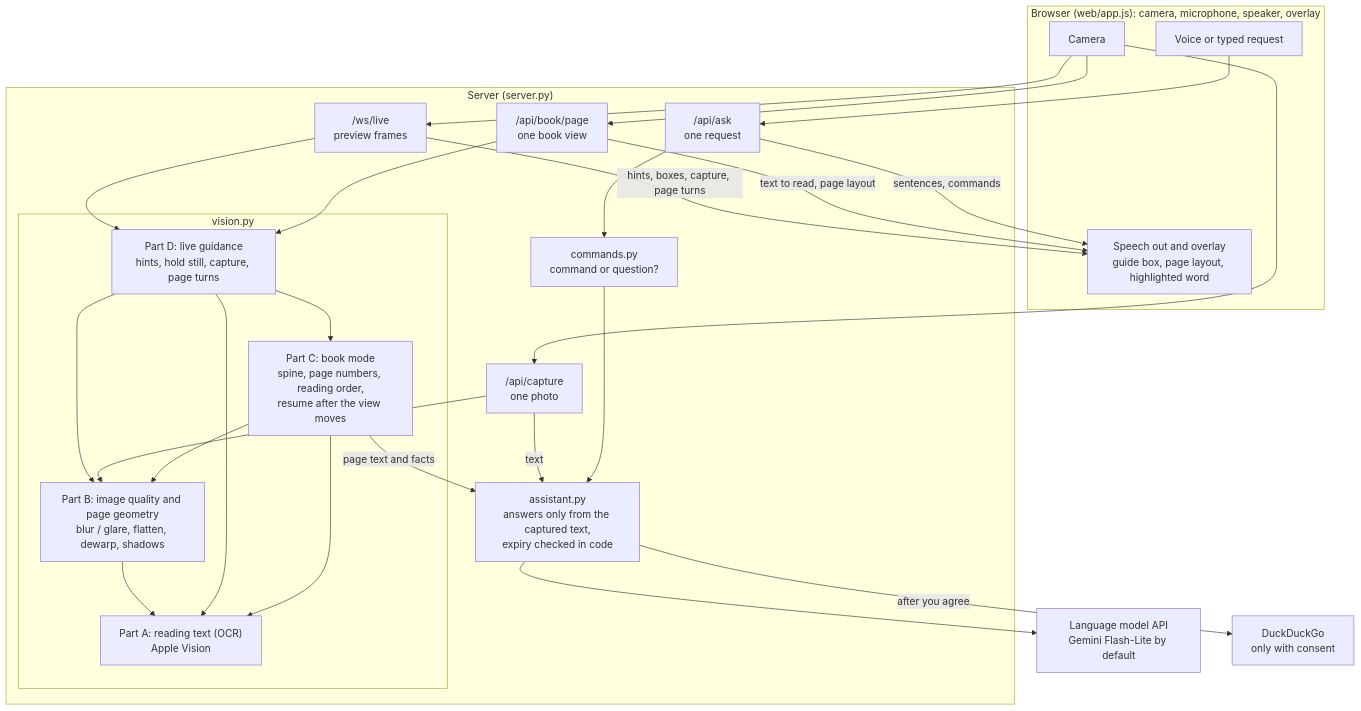
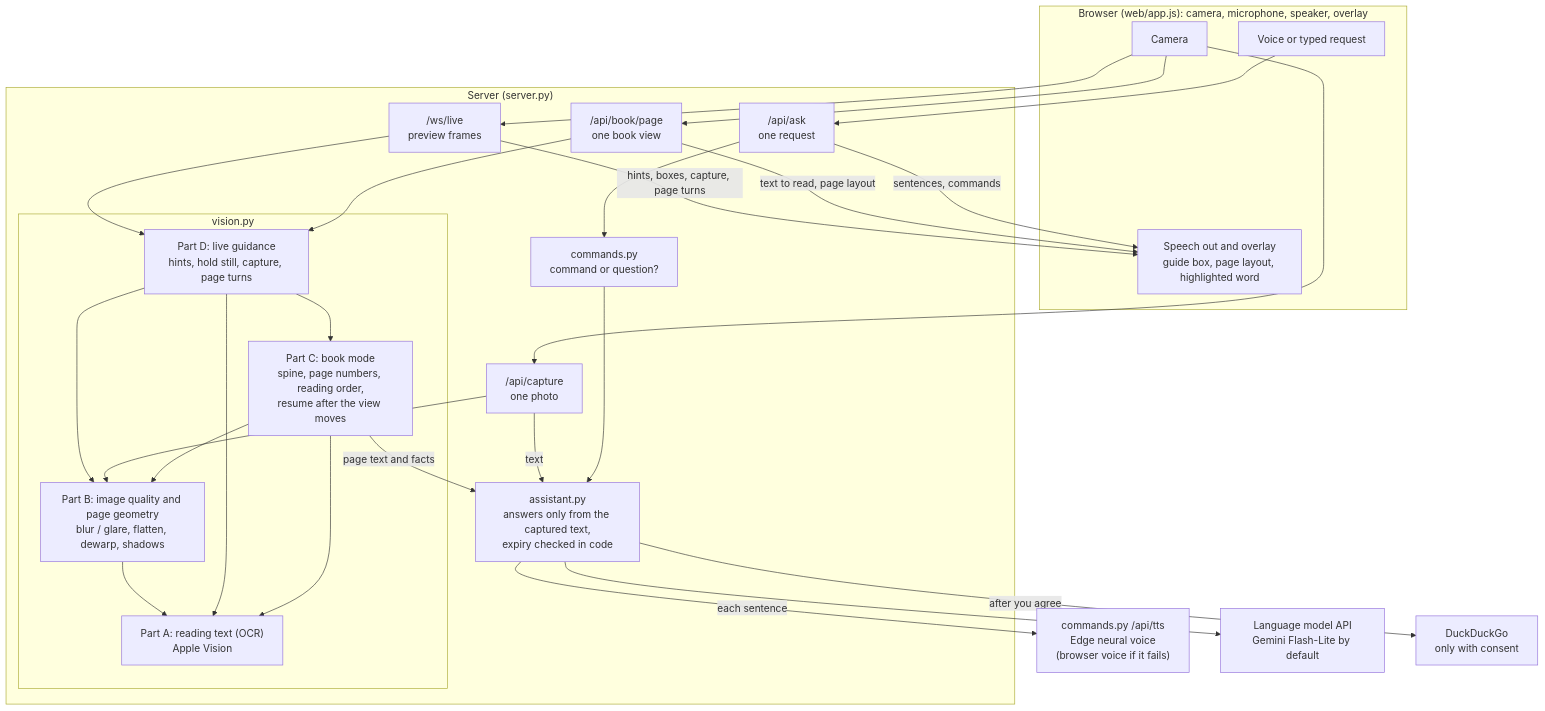
One commit to neerajprao/Helping_Eyes-main changed the first of 2 diagrams in README.md. Above: the diagram before and after it, drawn with Mermaid. The commit also changed other lines of this file and 7 other files, not shown here.

````diff
--- a/README.md
+++ b/README.md
@@ -77,53 +78,55 @@
 ```mermaid
 flowchart TB
     subgraph BR["Browser (web/app.js): camera, microphone, speaker, overlay"]
         CAM[Camera]
         MIC[Voice or typed request]
         OUT[Speech out and overlay<br/>guide box, page layout, highlighted word]
     end
 
     subgraph SV["Server (server.py)"]
         WS["/ws/live<br/>preview frames"]
         CAP["/api/capture<br/>one photo"]
         BK["/api/book/page<br/>one book view"]
         ASK["/api/ask<br/>one request"]
         CMD["commands.py<br/>command or question?"]
 
         subgraph VIS["vision.py"]
             LIVE["Part D: live guidance<br/>hints, hold still, capture, page turns"]
             BOOKM["Part C: book mode<br/>spine, page numbers, reading order,<br/>resume after the view moves"]
             QUAL["Part B: image quality and page geometry<br/>blur / glare, flatten, dewarp, shadows"]
             OCRP["Part A: reading text (OCR)<br/>Apple Vision"]
         end
 
         DA["assistant.py<br/>answers only from the captured text,<br/>expiry checked in code"]
     end
 
+    VOICE["commands.py /api/tts<br/>Edge neural voice<br/>(browser voice if it fails)"]
     LLM[Language model API<br/>Gemini Flash-Lite by default]
     WEB[DuckDuckGo<br/>only with consent]
 
     CAM --> WS
     CAM --> CAP
     CAM --> BK
     MIC --> ASK
 
     WS --> LIVE
     BK --> LIVE
     LIVE --> BOOKM
     LIVE --> QUAL
     CAP --> QUAL
     BOOKM --> QUAL
     QUAL --> OCRP
     LIVE --> OCRP
     BOOKM --> OCRP
     BOOKM -- page text and facts --> DA
     CAP -- text --> DA
     ASK --> CMD
     CMD --> DA
     DA --> LLM
     DA -- after you agree --> WEB
+    DA -- each sentence --> VOICE
 
     WS -- hints, boxes, capture, page turns --> OUT
     BK -- text to read, page layout --> OUT
     ASK -- sentences, commands --> OUT
 ```
````
